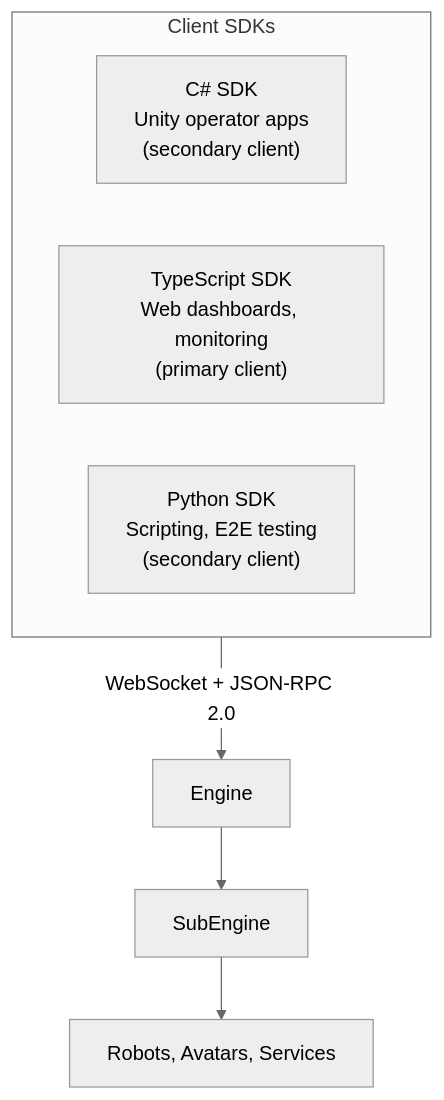
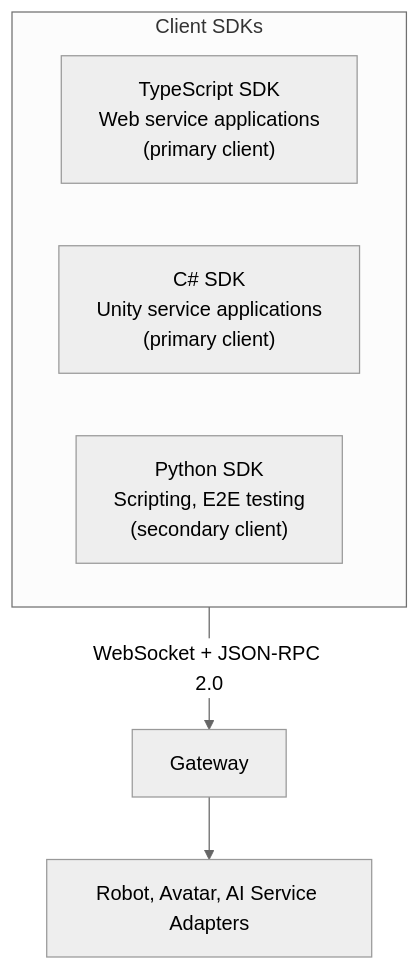
Before and after one commit to openrois/openrois-docs: the diagram in docs/White Paper/developer-experience.md, drawn with Mermaid (neutral theme). The commit also changed other lines of this file and 20 other files, not shown here.

Commit message:
docs: update website structure to reflect latest architecture

````diff
--- a/docs/White Paper/developer-experience.md
+++ b/docs/White Paper/developer-experience.md
@@ -13,13 +13,12 @@
 ```mermaid
 flowchart TB
     subgraph SDKs["Client SDKs"]
         direction LR
-        CSharp["C# SDK<br/>Unity operator apps<br/>(secondary client)"]
-        TS["TypeScript SDK<br/>Web dashboards, monitoring<br/>(primary client)"]
+        TS["TypeScript SDK<br/>Web service applications<br/>(primary client)"]
+        CSharp["C# SDK<br/>Unity service applications<br/>(primary client)"]
         Py["Python SDK<br/>Scripting, E2E testing<br/>(secondary client)"]
     end
 
-    SDKs -->|"WebSocket + JSON-RPC 2.0"| Engine["Engine"]
-    Engine --> SubEngine["SubEngine"]
-    SubEngine --> SubEngines["Robots, Avatars, Services"]
+    SDKs -->|"WebSocket + JSON-RPC 2.0"| Gateway["Gateway"]
+    Gateway --> Adapters["Robot, Avatar, AI Service Adapters"]
 ```
````
